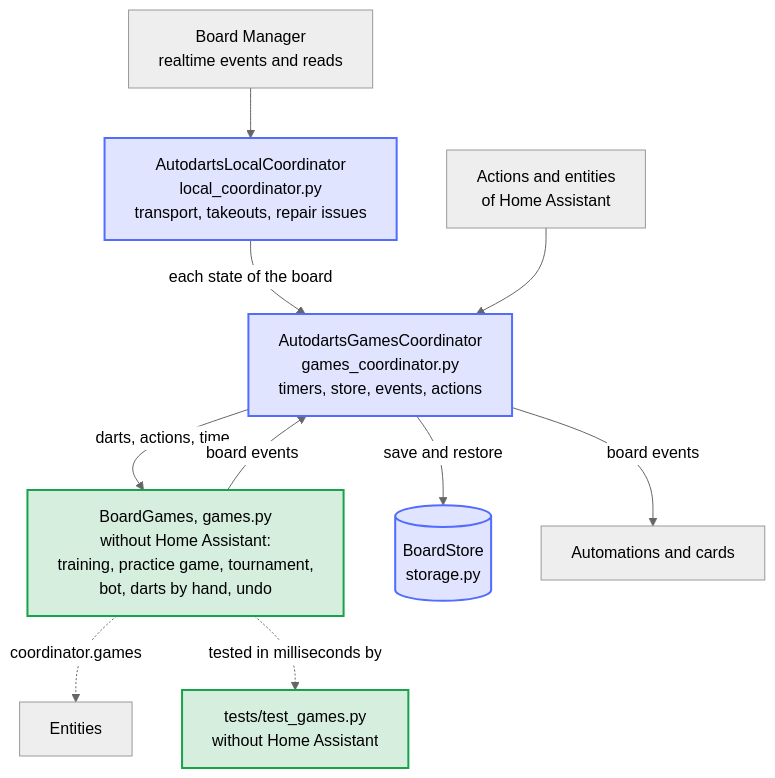
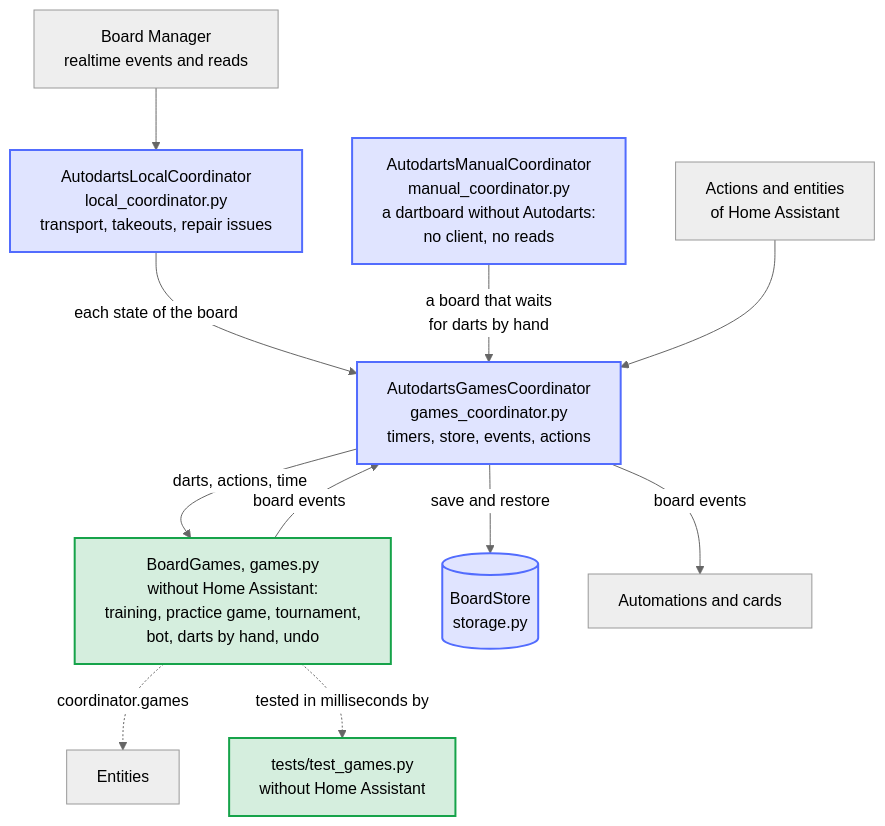
Before and after one commit to Dennis-Otto/ha-autodarts: the diagram in docs/diagrams/board-games.en.mmd, drawn with Mermaid (neutral theme). The commit also changed 41 other files, not shown here.

First line of the commit message:
refactor: the dartboard without Autodarts as a sibling coordinator without transport (#356)

```diff
--- a/docs/diagrams/board-games.en.mmd
+++ b/docs/diagrams/board-games.en.mmd
@@ -1,23 +1,24 @@
 ---
 config:
   flowchart:
     wrappingWidth: 400
 ---
 flowchart TB
   accTitle: The board and its games
-  accDescr: The Board Manager sends realtime events and answers reads. AutodartsLocalCoordinator in local_coordinator.py follows the board, frees stuck takeouts, raises the repair issues of the board and hands each state of the board to the games coordinator it extends, AutodartsGamesCoordinator in games_coordinator.py, which the actions and entities of Home Assistant use, too. It plays BoardGames in games.py, which knows nothing of Home Assistant: the training, the practice game, the tournament, the bot and the darts entered by hand follow the darts, book the visits and return the board events. The games coordinator announces them to automations and cards, saves the games with BoardStore in storage.py and keeps the timers of the games. Entities read the games through coordinator.games, and tests/test_games.py tests BoardGames without Home Assistant.
+  accDescr: The Board Manager sends realtime events and answers reads. AutodartsLocalCoordinator in local_coordinator.py follows the board, frees stuck takeouts, raises the repair issues of the board and hands each state of the board to the games coordinator it extends, AutodartsGamesCoordinator in games_coordinator.py, which the actions and entities of Home Assistant use, too. It plays BoardGames in games.py, which knows nothing of Home Assistant: the training, the practice game, the tournament, the bot and the darts entered by hand follow the darts, book the visits and return the board events. The games coordinator announces them to automations and cards, saves the games with BoardStore in storage.py and keeps the timers of the games. AutodartsManualCoordinator in manual_coordinator.py extends it as well, beside the local coordinator, for a dartboard without Autodarts: it has no client and no reads, and its board waits for darts entered by hand. Entities read the games through coordinator.games, and tests/test_games.py tests BoardGames without Home Assistant.
 
   BM["Board Manager<br/>realtime events and reads"] --> LC["AutodartsLocalCoordinator<br/>local_coordinator.py<br/>transport, takeouts, repair issues"]
   LC -- "each state of the board" --> GC["AutodartsGamesCoordinator<br/>games_coordinator.py<br/>timers, store, events, actions"]
+  MC["AutodartsManualCoordinator<br/>manual_coordinator.py<br/>a dartboard without Autodarts:<br/>no client, no reads"] -- "a board that waits<br/>for darts by hand" --> GC
   ACT["Actions and entities<br/>of Home Assistant"] --> GC
   GC -- "darts, actions, time" --> BG["BoardGames, games.py<br/>without Home Assistant:<br/>training, practice game, tournament,<br/>bot, darts by hand, undo"]
   BG -- "board events" --> GC
   GC -- "save and restore" --> ST[("BoardStore<br/>storage.py")]
   GC -- "board events" --> AUT["Automations and cards"]
   BG -. "coordinator.games" .-> ENT["Entities"]
   BG -. "tested in milliseconds by" .-> TEST["tests/test_games.py<br/>without Home Assistant"]
 
   classDef bot fill:#526cfe2e,stroke:#526cfe,stroke-width:2px
   classDef done fill:#16a34a2e,stroke:#16a34a,stroke-width:2px
-  class LC,GC,ST bot
+  class LC,MC,GC,ST bot
   class BG,TEST done
```
